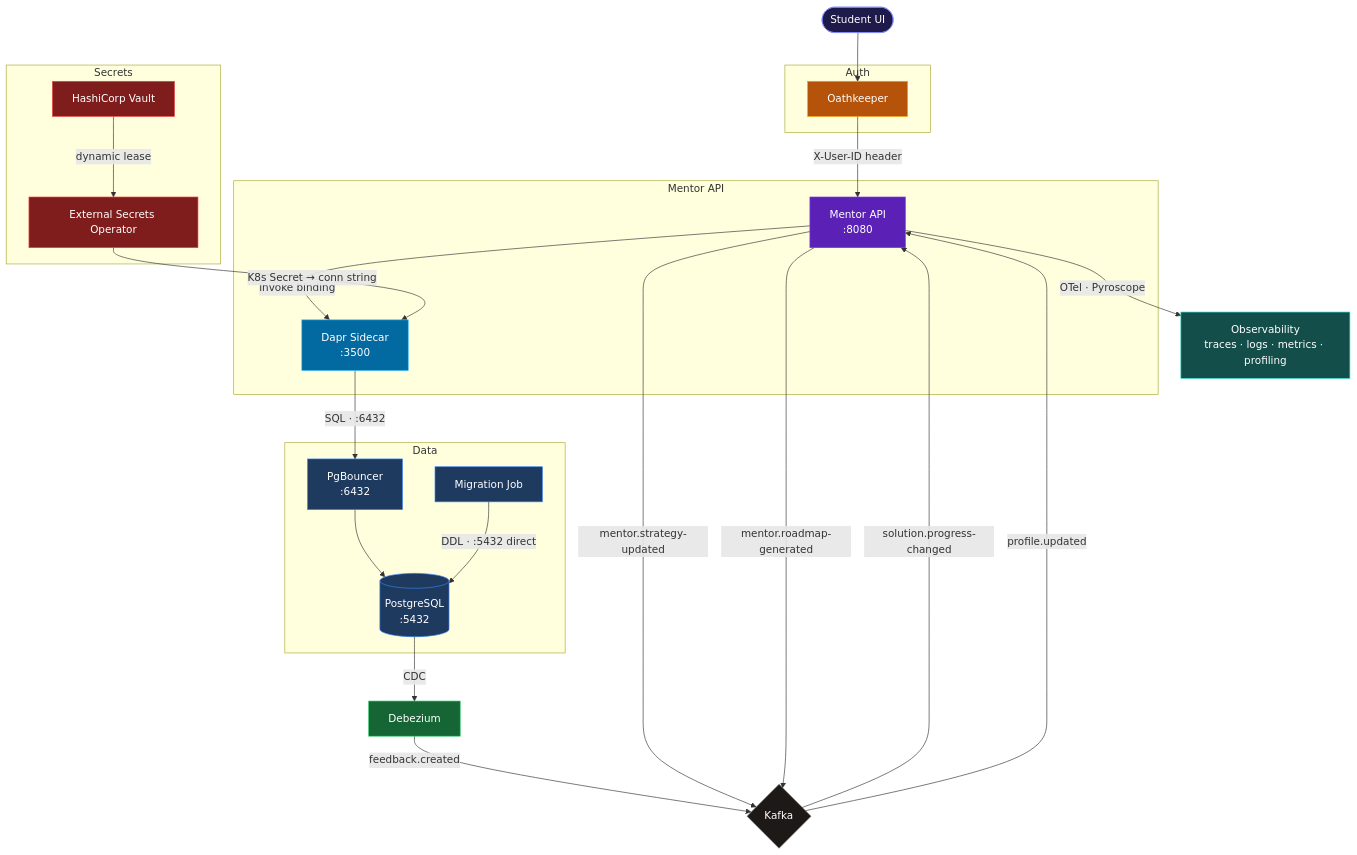
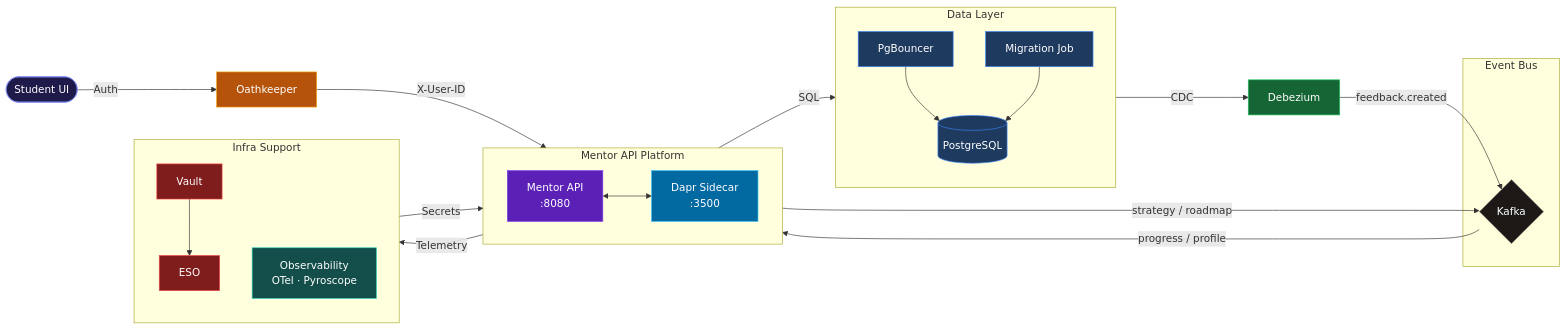
The diagram in README.md (MathTrail/mentor-api), drawn with Mermaid before and after one commit.

````diff
--- a/README.md
+++ b/README.md
@@ -36,68 +36,54 @@
 ```mermaid
-graph TD
-    User([Student UI])
-
-    subgraph auth [" Auth "]
-        OK[Oathkeeper]
+graph LR
+    User([Student UI]) -- "Auth" --> OK[Oathkeeper]
+    
+    subgraph MentorService [Mentor API Platform]
+        direction LR
+        App["Mentor API\n:8080"]
+        Sidecar["Dapr Sidecar\n:3500"]
+        App <--> Sidecar
     end
 
-    subgraph app [" Mentor API "]
-        App["Mentor API\n:8080"]
-        Sidecar["Dapr Sidecar\n:3500"]
+    OK -- "X-User-ID" --> App
+
+    subgraph Storage [Data Layer]
+        direction TB
+        PGB["PgBouncer"] --> PG[("PostgreSQL")]
+        Mig["Migration Job"] --> PG
     end
 
-    subgraph data [" Data "]
-        PGB["PgBouncer\n:6432"]
-        PG[("PostgreSQL\n:5432")]
-        MigJob["Migration Job"]
+    Sidecar -- "SQL" --> PGB
+    PG -- "CDC" --> Deb[Debezium]
+    
+    subgraph Bus [Event Bus]
+        Kfk{Kafka}
     end
 
-    subgraph secrets [" Secrets "]
-        Vault["HashiCorp Vault"]
-        ESO["External Secrets Operator"]
+    Deb -- "feedback.created" --> Kfk
+    Kfk -- "progress / profile" --> App
+    App -- "strategy / roadmap" --> Kfk
+
+    subgraph Support [Infra Support]
+        direction TB
+        Vault["Vault"] --> ESO["ESO"]
+        Obs["Observability\nOTel · Pyroscope"]
     end
 
-    Deb[Debezium]
-    Kfk{Kafka}
-    Obs["Observability\ntraces · logs · metrics · profiling"]
+    ESO -- "Secrets" --> Sidecar
+    App -- "Telemetry" --> Obs
 
-    User --> OK
-    OK -->|"X-User-ID header"| App
-    App -->|"invoke binding"| Sidecar
-    Sidecar -->|"SQL · :6432"| PGB
-    PGB --> PG
-    MigJob -->|"DDL · :5432 direct"| PG
-
-    PG -->|"CDC"| Deb
-    Deb -->|"feedback.created"| Kfk
-
-    Kfk -->|"solution.progress-changed"| App
-    Kfk -->|"profile.updated"| App
-    App -->|"mentor.strategy-updated"| Kfk
-    App -->|"mentor.roadmap-generated"| Kfk
-
-    Vault -->|"dynamic lease"| ESO
-    ESO -->|"K8s Secret → conn string"| Sidecar
-
-    App -->|"OTel · Pyroscope"| Obs
-
+    %% Styling
     classDef svc fill:#5b21b6,stroke:#7c3aed,color:#fff
     classDef dapr fill:#0369a1,stroke:#38bdf8,color:#fff
     classDef authCls fill:#b45309,stroke:#f59e0b,color:#fff
     classDef dataCls fill:#1e3a5f,stroke:#3b82f6,color:#fff
     classDef cdcCls fill:#166534,stroke:#22c55e,color:#fff
     classDef eventCls fill:#1c1917,stroke:#78716c,color:#fff
     classDef secretCls fill:#7f1d1d,stroke:#ef4444,color:#fff
     classDef obsCls fill:#134e4a,stroke:#2dd4bf,color:#fff
     classDef actorCls fill:#1e1b4b,stroke:#818cf8,color:#fff
 
-    class App svc
-    class Sidecar dapr
-    class OK authCls
-    class PGB,PG,MigJob dataCls
-    class Deb cdcCls
-    class Kfk eventCls
-    class Vault,ESO secretCls
-    class Obs obsCls
-    class User actorCls
+    class App svc; class Sidecar dapr; class OK authCls;
+    class PGB,PG,Mig dataCls; class Deb cdcCls; class Kfk eventCls;
+    class Vault,ESO secretCls; class Obs obsCls; class User actorCls;
 ```
````
